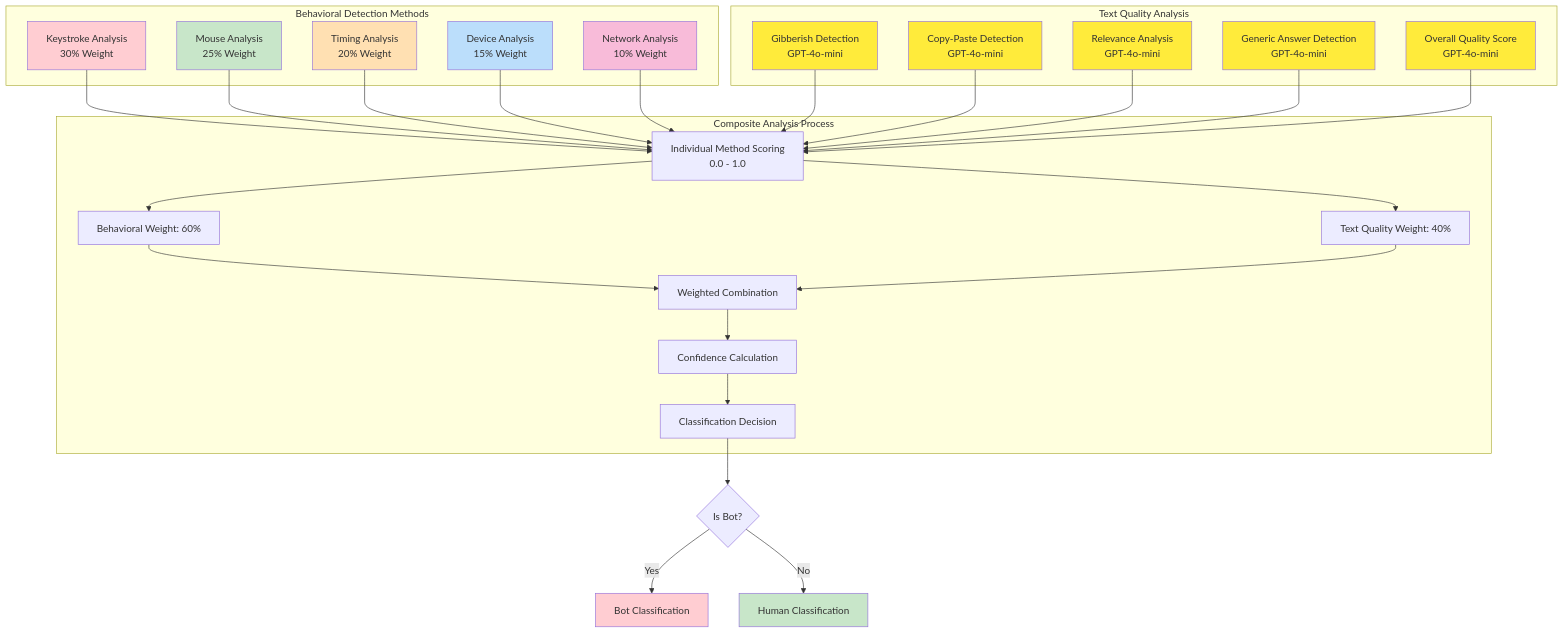
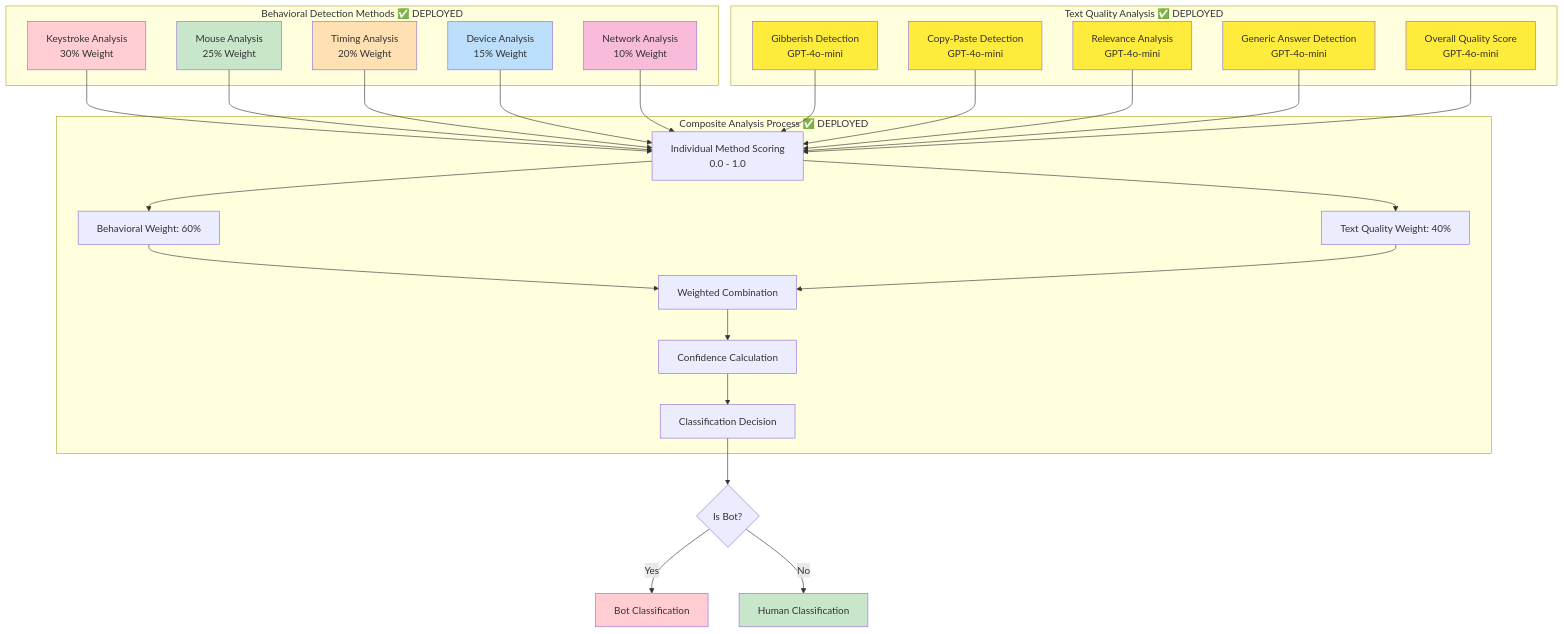
Before and after one commit to halderavik/bot_detection_live: the third of 10 diagrams in bot_detection_flow.md, drawn with Mermaid. The commit also changed other lines of this file and 1 other file, not shown here.

Commit message:
Update architecture docs with deployment status indicators (DEPLOYED/PLANNED/PARTIAL)

````diff
--- a/bot_detection_flow.md
+++ b/bot_detection_flow.md
@@ -144,63 +167,63 @@
 ```mermaid
 graph TB
-    subgraph "Behavioral Detection Methods"
+    subgraph "Behavioral Detection Methods ✅ DEPLOYED"
         A[Keystroke Analysis<br/>30% Weight]
         B[Mouse Analysis<br/>25% Weight]
         C[Timing Analysis<br/>20% Weight]
         D[Device Analysis<br/>15% Weight]
         E[Network Analysis<br/>10% Weight]
     end
     
-    subgraph "Text Quality Analysis"
+    subgraph "Text Quality Analysis ✅ DEPLOYED"
         F1[Gibberish Detection<br/>GPT-4o-mini]
         F2[Copy-Paste Detection<br/>GPT-4o-mini]
         F3[Relevance Analysis<br/>GPT-4o-mini]
         F4[Generic Answer Detection<br/>GPT-4o-mini]
         F5[Overall Quality Score<br/>GPT-4o-mini]
     end
     
-    subgraph "Composite Analysis Process"
+    subgraph "Composite Analysis Process ✅ DEPLOYED"
         G[Individual Method Scoring<br/>0.0 - 1.0]
         H[Behavioral Weight: 60%]
         I[Text Quality Weight: 40%]
         J[Weighted Combination]
         K[Confidence Calculation]
         L[Classification Decision]
     end
     
     A --> G
     B --> G
     C --> G
     D --> G
     E --> G
     
     F1 --> G
     F2 --> G
     F3 --> G
     F4 --> G
     F5 --> G
     
     G --> H
     G --> I
     H --> J
     I --> J
     J --> K
     K --> L
     
     L --> M{Is Bot?}
     M -->|Yes| N[Bot Classification]
     M -->|No| O[Human Classification]
     
     style A fill:#ffcdd2
     style B fill:#c8e6c9
     style C fill:#ffe0b2
     style D fill:#bbdefb
     style E fill:#f8bbd9
     style F1 fill:#ffeb3b
     style F2 fill:#ffeb3b
     style F3 fill:#ffeb3b
     style F4 fill:#ffeb3b
     style F5 fill:#ffeb3b
     style N fill:#ffcdd2
     style O fill:#c8e6c9
 ```
````
